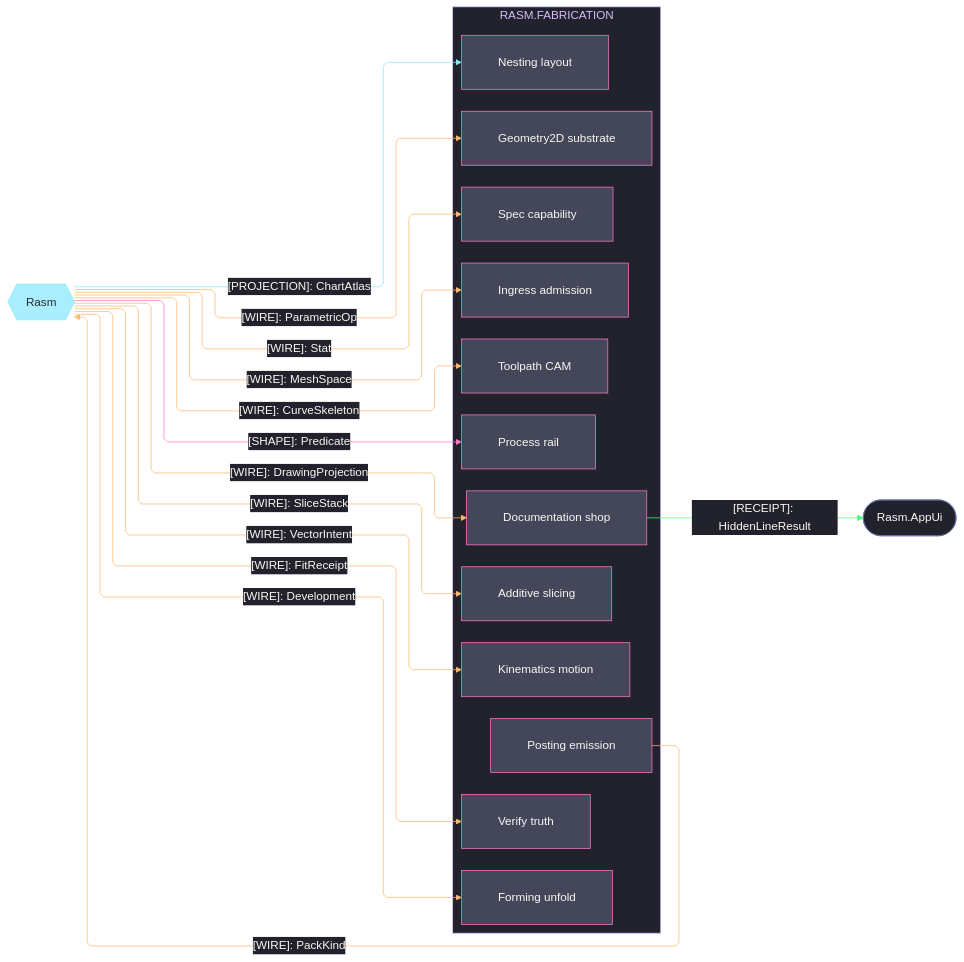
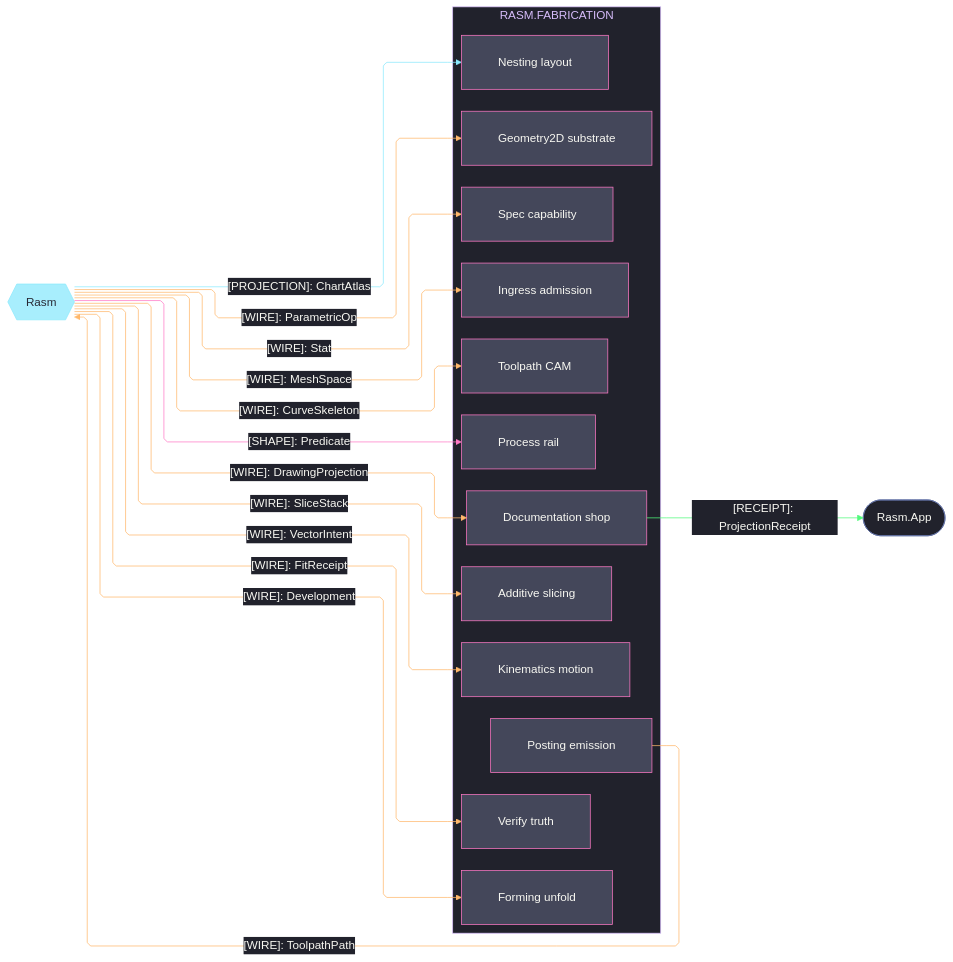
The third of 3 diagrams in libs/csharp/Rasm.Fabrication/ARCHITECTURE.md (bsamiee/Rasm), drawn with Mermaid before and after one commit. The commit also changed other lines of this file and 67 other files, not shown here.

````diff
--- a/libs/csharp/Rasm.Fabrication/ARCHITECTURE.md
+++ b/libs/csharp/Rasm.Fabrication/ARCHITECTURE.md
@@ -244,74 +255,74 @@
 ```mermaid
 ---
 config:
   theme: base
   look: classic
   layout: elk
   flowchart:
     curve: linear
     padding: 25
   themeVariables:
     darkMode: true
     fontFamily: "SF Mono, Menlo, Cascadia Mono, Segoe UI Mono, Consolas, monospace"
     useGradient: false
     dropShadow: "none"
     background: "#282A36"
     primaryColor: "#44475A"
     primaryTextColor: "#F8F8F2"
     primaryBorderColor: "#BD93F9"
     lineColor: "#FF79C6"
     textColor: "#F8F8F2"
     clusterBkg: "#21222C"
     clusterBorder: "#D6BCFA"
     edgeLabelBackground: "#21222C"
     labelBackgroundColor: "#21222C"
     titleColor: "#D6BCFA"
   themeCSS: ".nodeLabel{font-size:13px;font-weight:500}.edgeLabel{font-size:12px;font-weight:500}.cluster-label .nodeLabel{font-size:13.5px;font-weight:700;letter-spacing:.08em}.edge-thickness-normal{stroke-width:2px}.edge-thickness-thick{stroke-width:3px}.edge-pattern-dashed,.edge-pattern-dotted{stroke-width:1.5px;stroke-dasharray:4 6}.node rect,.node circle,.node polygon,.node path,.node .outer-path{stroke-width:1.5px;filter:none!important}.cluster rect{stroke-width:1px!important;stroke-dasharray:5 4!important;filter:none!important}.marker path{transform:scale(.8);transform-origin:5px 5px}.marker circle{transform:scale(.48);transform-origin:5px 5px}.edgeLabel rect{transform-box:fill-box;transform-origin:center;transform:scale(1.1,1.2)}"
 ---
 flowchart LR
     accTitle: Fabrication kernel and platform seams
     accDescr: Fabrication sub-domain owners consuming kernel geometry from Rasm, publishing the toolpath pack back into it, and delivering the hidden-line receipt to the app shell, edge rails colored by kind and nodes classed by seam direction.
     subgraph fabrication[RASM.FABRICATION]
         Process[Process rail]
         Ingress[Ingress admission]
         Geometry2D[Geometry2D substrate]
         Toolpath[Toolpath CAM]
         Additive[Additive slicing]
         Forming[Forming unfold]
         Kinematics[Kinematics motion]
         Nesting[Nesting layout]
         Spec[Spec capability]
         Verify[Verify truth]
         Documentation[Documentation shop]
         Posting[Posting emission]
     end
     Rasm{{Rasm}}
-    AppUi([Rasm.AppUi])
+    App([Rasm.App])
     Rasm e1@-->|"[SHAPE]: Predicate"| Process
     Rasm e2@-->|"[WIRE]: MeshSpace"| Ingress
     Rasm e3@-->|"[WIRE]: ParametricOp"| Geometry2D
     Rasm e4@-->|"[WIRE]: CurveSkeleton"| Toolpath
     Rasm e5@-->|"[WIRE]: SliceStack"| Additive
     Rasm e6@-->|"[WIRE]: Development"| Forming
     Rasm e7@-->|"[WIRE]: VectorIntent"| Kinematics
     Rasm e9@-->|"[PROJECTION]: ChartAtlas"| Nesting
     Rasm e10@-->|"[WIRE]: Stat"| Spec
     Rasm e11@-->|"[WIRE]: FitReceipt"| Verify
     Rasm e12@-->|"[WIRE]: DrawingProjection"| Documentation
-    Posting e13@-->|"[WIRE]: PackKind"| Rasm
-    Documentation e14@-->|"[RECEIPT]: HiddenLineResult"| AppUi
+    Posting e13@-->|"[WIRE]: ToolpathPath"| Rasm
+    Documentation e14@-->|"[RECEIPT]: ProjectionReceipt"| App
     classDef primary fill:#44475A,stroke:#FF79C6,color:#F8F8F2
     classDef external fill:#8BE9FDBF,stroke:#8BE9FD,color:#282A36
     classDef annotation fill:#21222C,stroke:#6272A4,color:#F8F8F2
     classDef edgeData stroke:#FFB86C,color:#F8F8F2
     classDef edgeSuccess stroke:#50FA7B,color:#F8F8F2
     classDef edgeExternal stroke:#8BE9FD,color:#F8F8F2
     classDef edgeControl stroke:#FF79C6,color:#F8F8F2
     class Process,Ingress,Geometry2D,Toolpath,Additive,Forming,Kinematics,Nesting,Spec,Verify,Documentation,Posting primary
     class Rasm external
-    class AppUi annotation
+    class App annotation
     class e2,e3,e4,e5,e6,e7,e10,e11,e12,e13 edgeData
     class e1 edgeControl
     class e9 edgeExternal
     class e14 edgeSuccess
 ```
````
